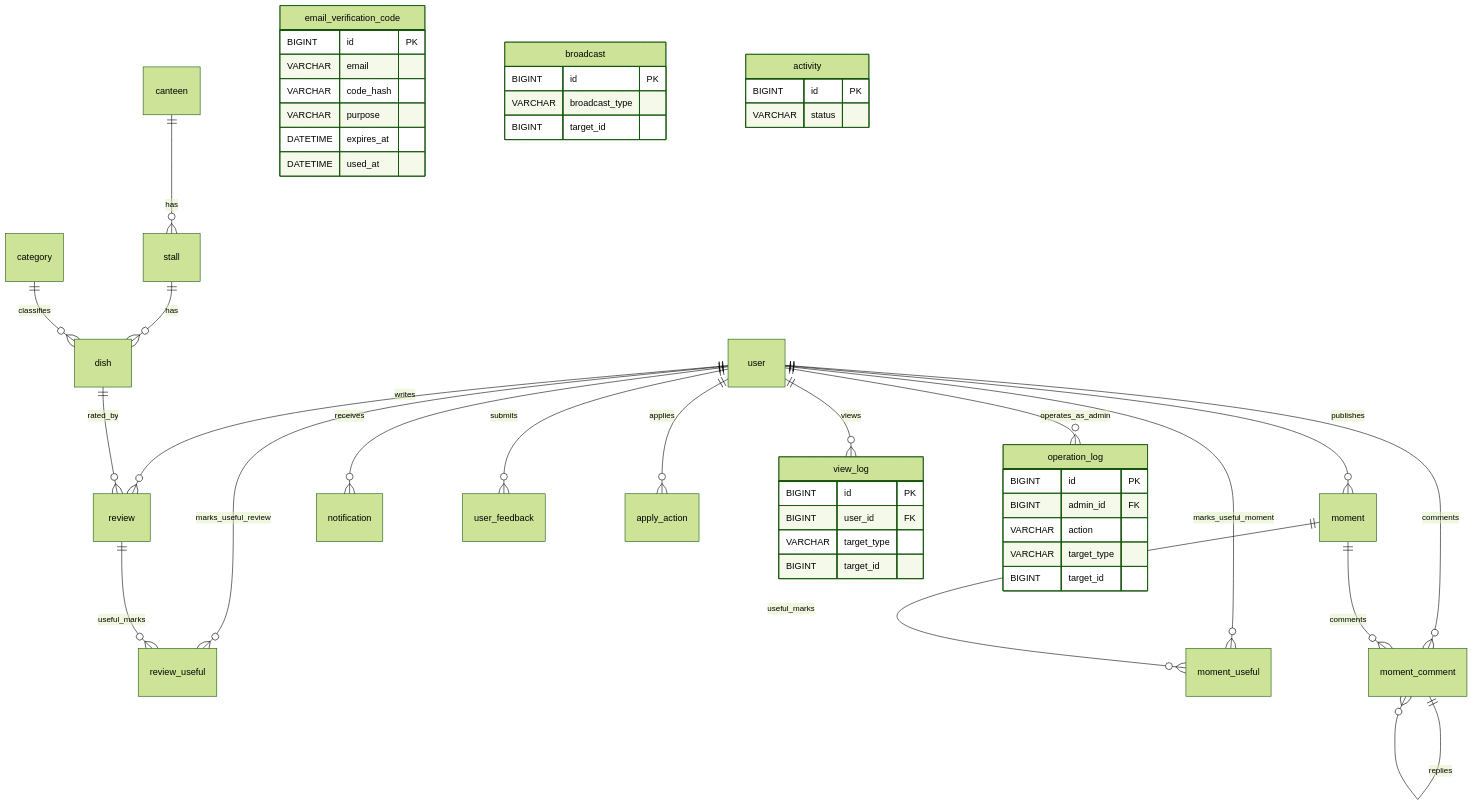
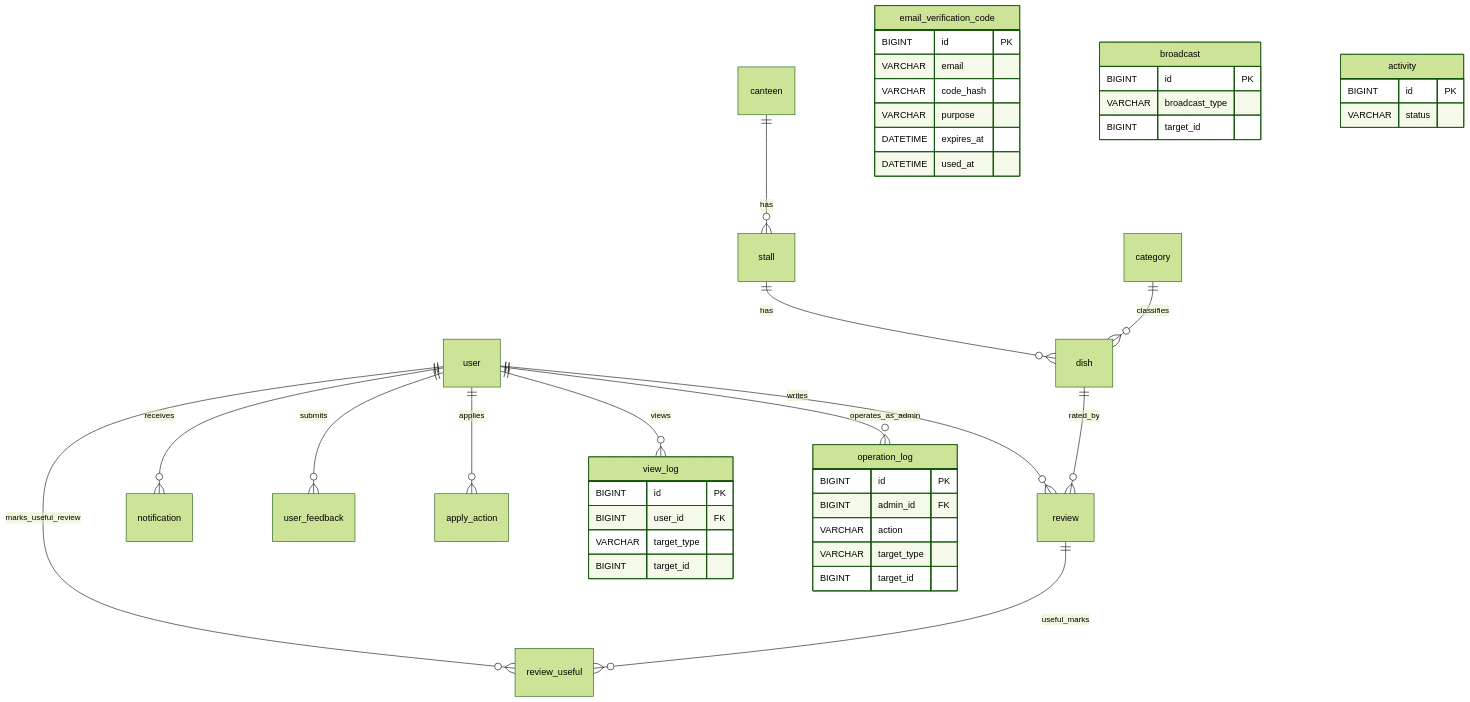
Before and after one commit to jolly326/bjtu_food: the diagram in docs/database.md, drawn with Mermaid (forest theme). The commit also changed other lines of this file and 97 other files, not shown here.

````diff
--- a/docs/database.md
+++ b/docs/database.md
@@ -335,54 +292,47 @@
 ```mermaid
 erDiagram
     user ||--o{ review : "writes"
-    user ||--o{ moment : "publishes"
     user ||--o{ notification : "receives"
     user ||--o{ user_feedback : "submits"
     user ||--o{ apply_action : "applies"
     user ||--o{ view_log : "views"
     user ||--o{ operation_log : "operates_as_admin"
     user ||--o{ review_useful : "marks_useful_review"
-    user ||--o{ moment_useful : "marks_useful_moment"
-    user ||--o{ moment_comment : "comments"
 
     canteen ||--o{ stall : "has"
     stall ||--o{ dish : "has"
     category ||--o{ dish : "classifies"
     dish ||--o{ review : "rated_by"
     review ||--o{ review_useful : "useful_marks"
-
-    moment ||--o{ moment_useful : "useful_marks"
-    moment ||--o{ moment_comment : "comments"
-    moment_comment ||--o{ moment_comment : "replies"
 
     email_verification_code {
         BIGINT id PK
         VARCHAR email
         VARCHAR code_hash
         VARCHAR purpose
         DATETIME expires_at
         DATETIME used_at
     }
     view_log {
         BIGINT id PK
         BIGINT user_id FK
         VARCHAR target_type
         BIGINT target_id
     }
     operation_log {
         BIGINT id PK
         BIGINT admin_id FK
         VARCHAR action
         VARCHAR target_type
         BIGINT target_id
     }
     broadcast {
         BIGINT id PK
         VARCHAR broadcast_type
         BIGINT target_id
     }
     activity {
         BIGINT id PK
         VARCHAR status
     }
 ```
````
